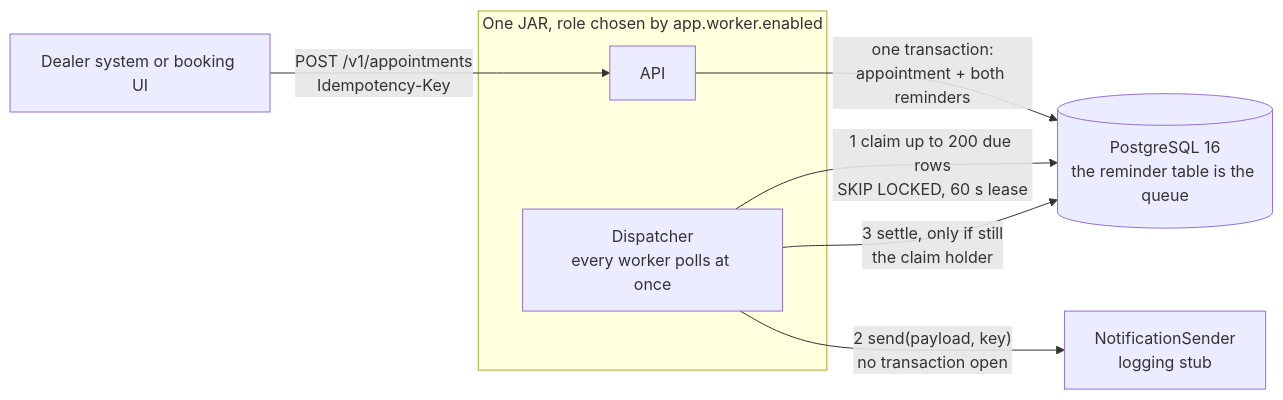
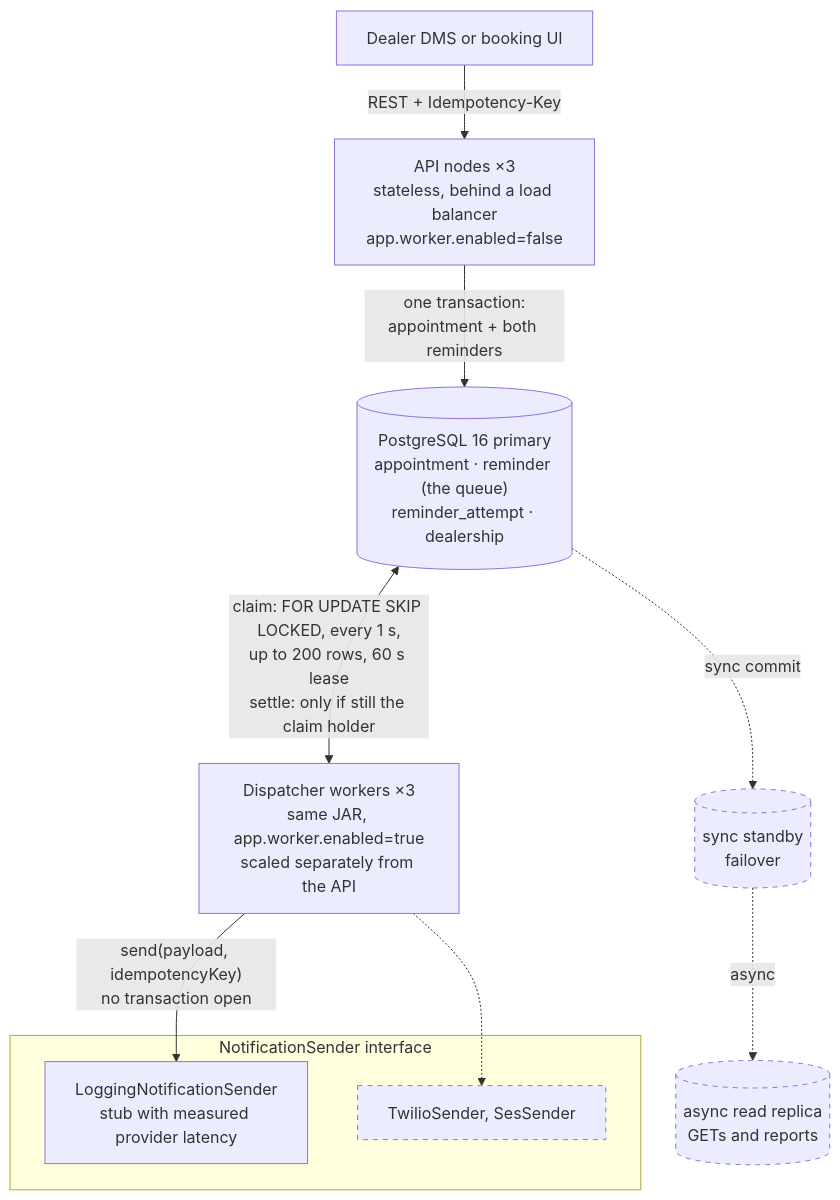
Before and after one commit to Lakshay1509/mykaarma: the diagram in README.md, drawn with Mermaid. The commit also changed other lines of this file and 2 other files, not shown here.

Commit message:
feat: Update README and design documentation with enhanced flowchart and state diagram for appointment reminders

````diff
--- a/README.md
+++ b/README.md
@@ -118,16 +118,25 @@
 ```mermaid
-flowchart LR
-    client["Dealer system or booking UI"]
-    subgraph jar["One JAR, role chosen by app.worker.enabled"]
-        api["API"]
-        worker["Dispatcher<br/>every worker polls at once"]
+flowchart TB
+    client["Dealer DMS or booking UI"]
+    api["API nodes ×3<br/>stateless, behind a load balancer<br/>app.worker.enabled=false"]
+    primary[("PostgreSQL 16 primary<br/>appointment · reminder (the queue)<br/>reminder_attempt · dealership")]
+    standby[("sync standby<br/>failover")]
+    replica[("async read replica<br/>GETs and reports")]
+    worker["Dispatcher workers ×3<br/>same JAR, app.worker.enabled=true<br/>scaled separately from the API"]
+
+    subgraph sender["NotificationSender interface"]
+        stub["LoggingNotificationSender<br/>stub with measured provider latency"]
+        real["TwilioSender, SesSender"]
     end
-    db[("PostgreSQL 16<br/>the reminder table is the queue")]
-    sender["NotificationSender<br/>logging stub"]
 
-    client -->|"POST /v1/appointments<br/>Idempotency-Key"| api
-    api -->|"one transaction:<br/>appointment + both reminders"| db
-    worker -->|"1 claim up to 200 due rows<br/>SKIP LOCKED, 60 s lease"| db
-    worker -->|"2 send(payload, key)<br/>no transaction open"| sender
-    worker -->|"3 settle, only if still<br/>the claim holder"| db
+    client -->|"REST + Idempotency-Key"| api
+    api -->|"one transaction:<br/>appointment + both reminders"| primary
+    primary -.->|"sync commit"| standby
+    standby -.->|"async"| replica
+    primary <-->|"claim: FOR UPDATE SKIP LOCKED, every 1 s,<br/>up to 200 rows, 60 s lease<br/>settle: only if still the claim holder"| worker
+    worker -->|"send(payload, idempotencyKey)<br/>no transaction open"| stub
+    worker -.-> real
+
+    classDef planned stroke-dasharray: 5 5
+    class standby,replica,real planned
 ```
````
